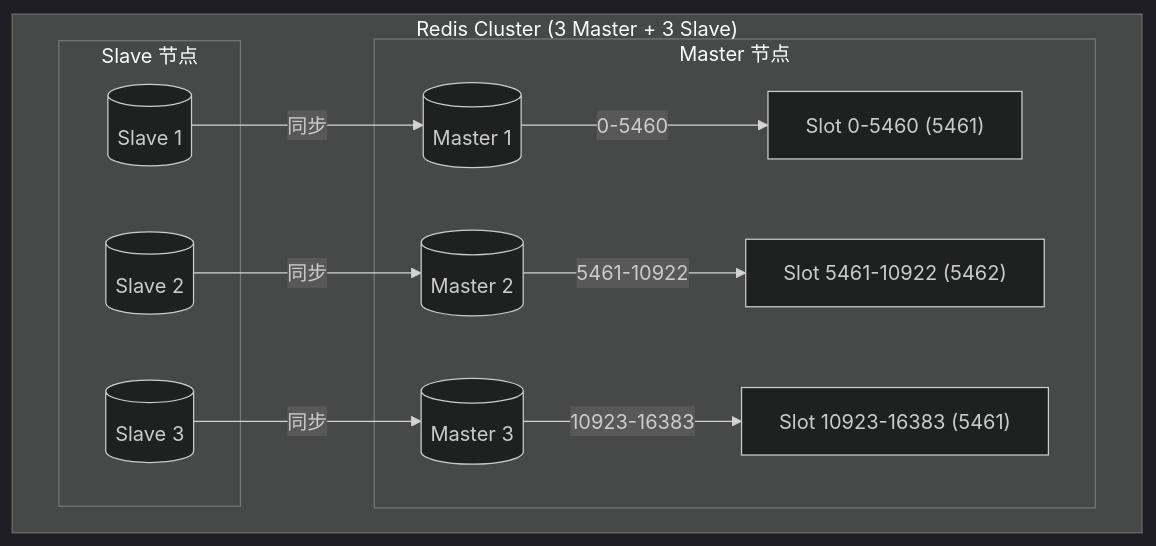
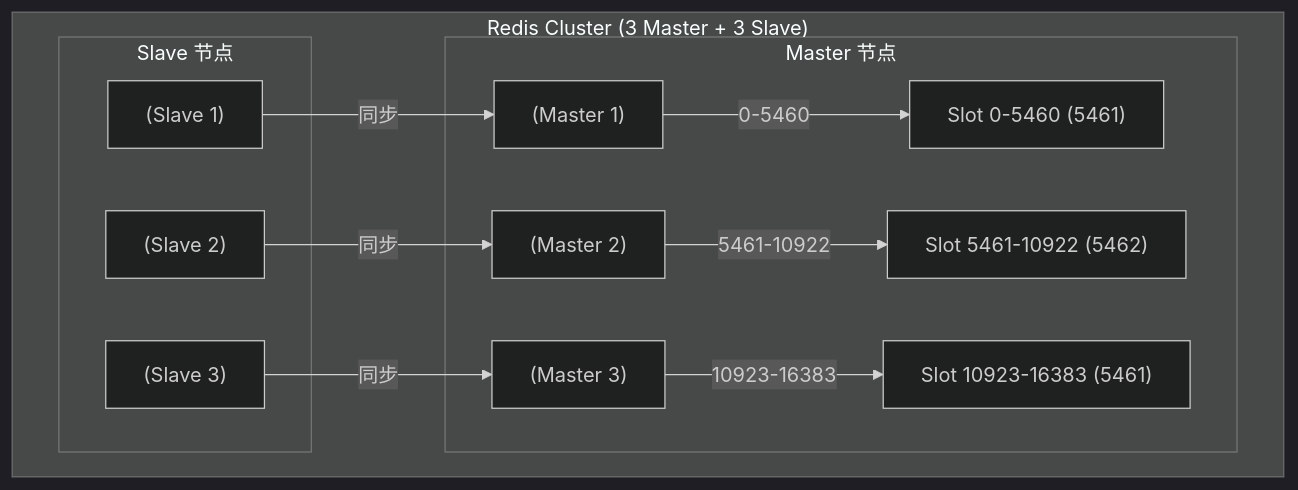
One commit to Aiden-Coding/AiDocs changed the first of 4 diagrams in docs/cache/redis/ha-clustering.md. Above: the diagram before and after it, drawn with Mermaid (dark theme). The commit also changed other lines of this file and 97 other files, not shown here.

````diff
--- a/docs/cache/redis/ha-clustering.md
+++ b/docs/cache/redis/ha-clustering.md
@@ -22,15 +22,15 @@
 ```mermaid
 graph TD
     subgraph "Redis Cluster (3 Master + 3 Slave)"
         subgraph "Master 节点"
-            M1[(Master 1)] -->|0-5460| Slot1["Slot 0-5460 (5461)"]
-            M2[(Master 2)] -->|5461-10922| Slot2["Slot 5461-10922 (5462)"]
-            M3[(Master 3)] -->|10923-16383| Slot3["Slot 10923-16383 (5461)"]
+            M1["(Master 1)"] -->|0-5460| Slot1["Slot 0-5460 (5461)"]
+            M2["(Master 2)"] -->|5461-10922| Slot2["Slot 5461-10922 (5462)"]
+            M3["(Master 3)"] -->|10923-16383| Slot3["Slot 10923-16383 (5461)"]
         end
         subgraph "Slave 节点"
-            S1[(Slave 1)] -->|同步| M1
-            S2[(Slave 2)] -->|同步| M2
-            S3[(Slave 3)] -->|同步| M3
+            S1["(Slave 1)"] -->|同步| M1
+            S2["(Slave 2)"] -->|同步| M2
+            S3["(Slave 3)"] -->|同步| M3
         end
     end
 ```
````
